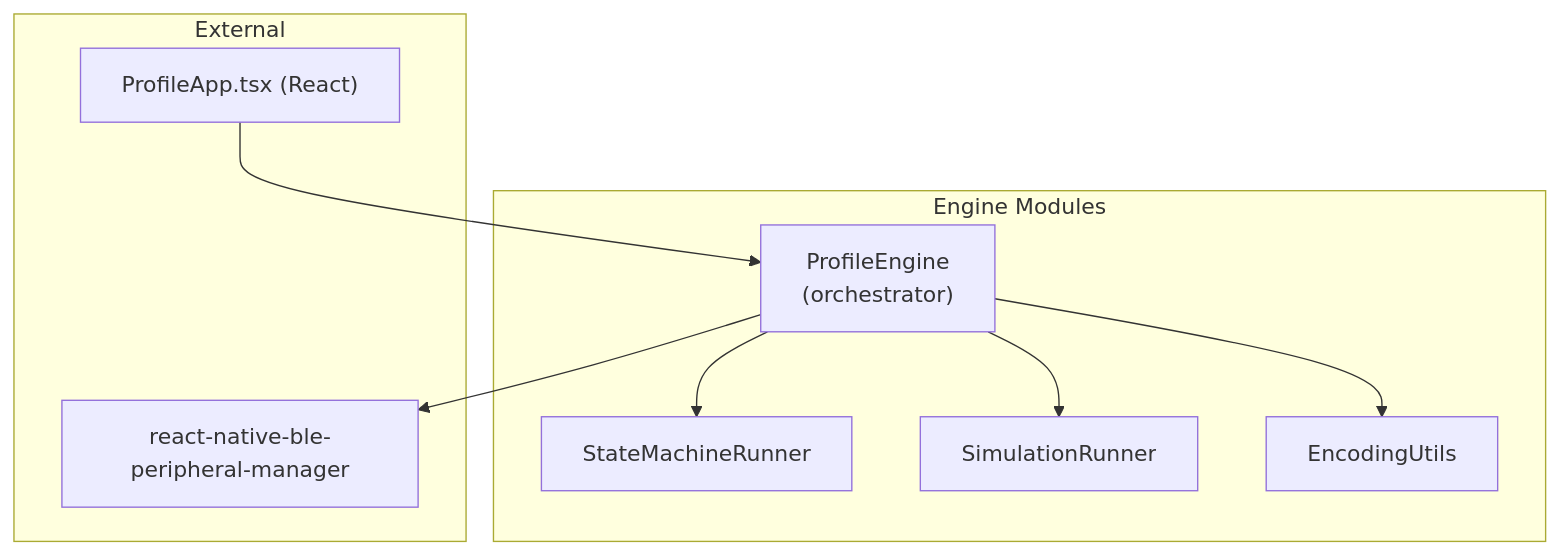
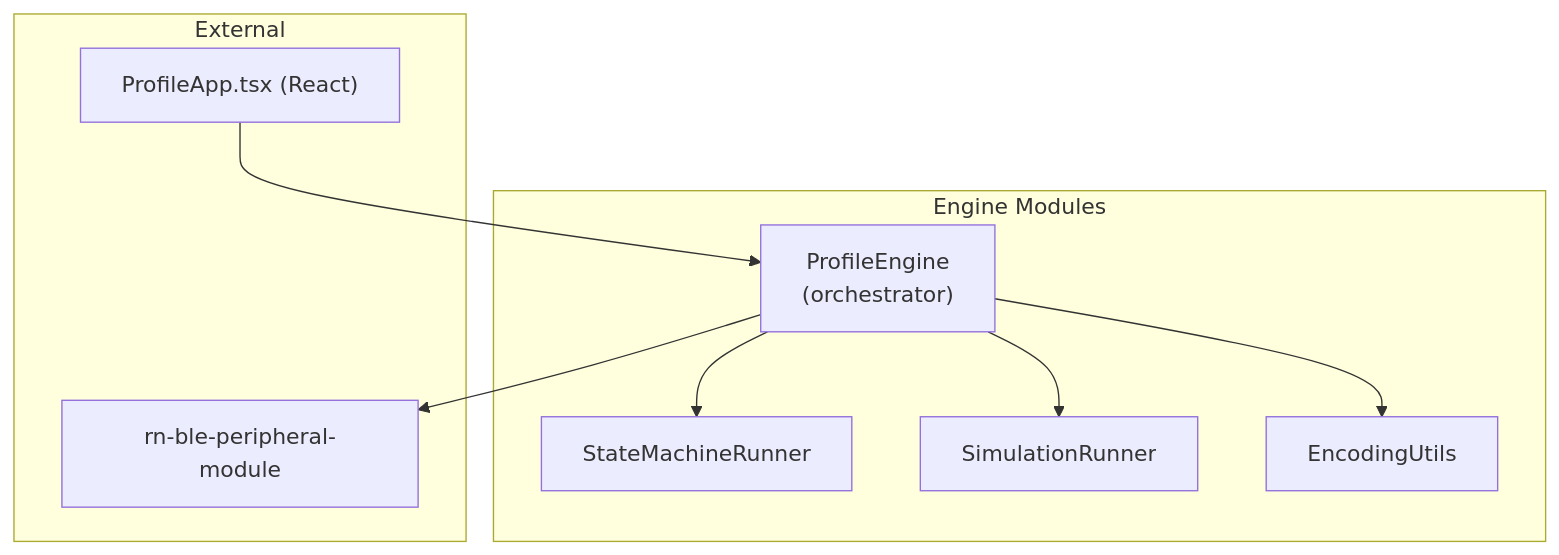
Before and after one commit to BMR11/ble-validation-platform: the first of 7 diagrams in peripheral-app/src/profiles/docs/ENGINE_GUIDE.md, drawn with Mermaid. The commit also changed other lines of this file and 6 other files, not shown here.

First line of the commit message:
Docs: replace react-native-ble-peripheral-manager with rn-ble-peripheral-module

````diff
--- a/peripheral-app/src/profiles/docs/ENGINE_GUIDE.md
+++ b/peripheral-app/src/profiles/docs/ENGINE_GUIDE.md
@@ -12,18 +12,18 @@
 ```mermaid
 flowchart TD
   subgraph modules [Engine Modules]
     PE["ProfileEngine\n(orchestrator)"]
     SMR["StateMachineRunner"]
     SR["SimulationRunner"]
     EU["EncodingUtils"]
   end
   subgraph external [External]
-    Lib["react-native-ble-peripheral-manager"]
+    Lib["rn-ble-peripheral-module"]
     App["ProfileApp.tsx (React)"]
   end
   PE --> SMR
   PE --> SR
   PE --> EU
   PE --> Lib
   App --> PE
 ```
````
